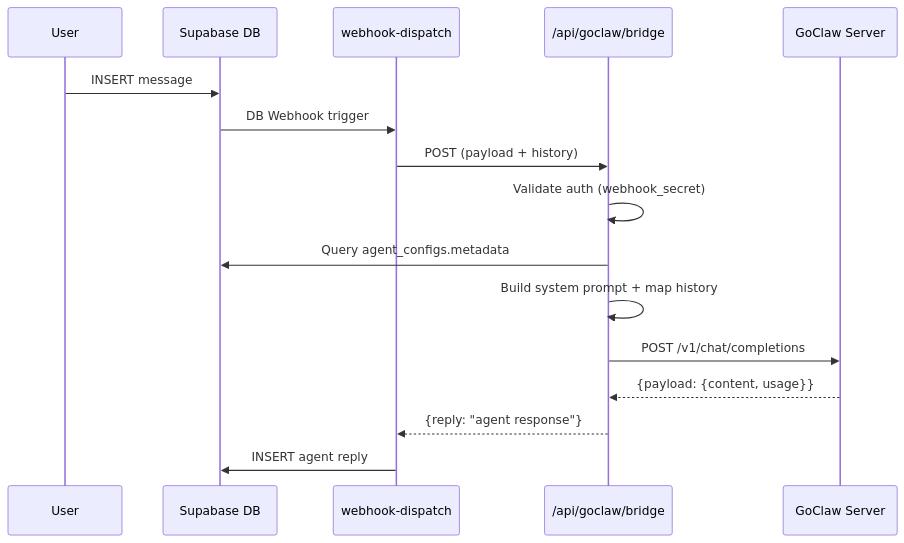
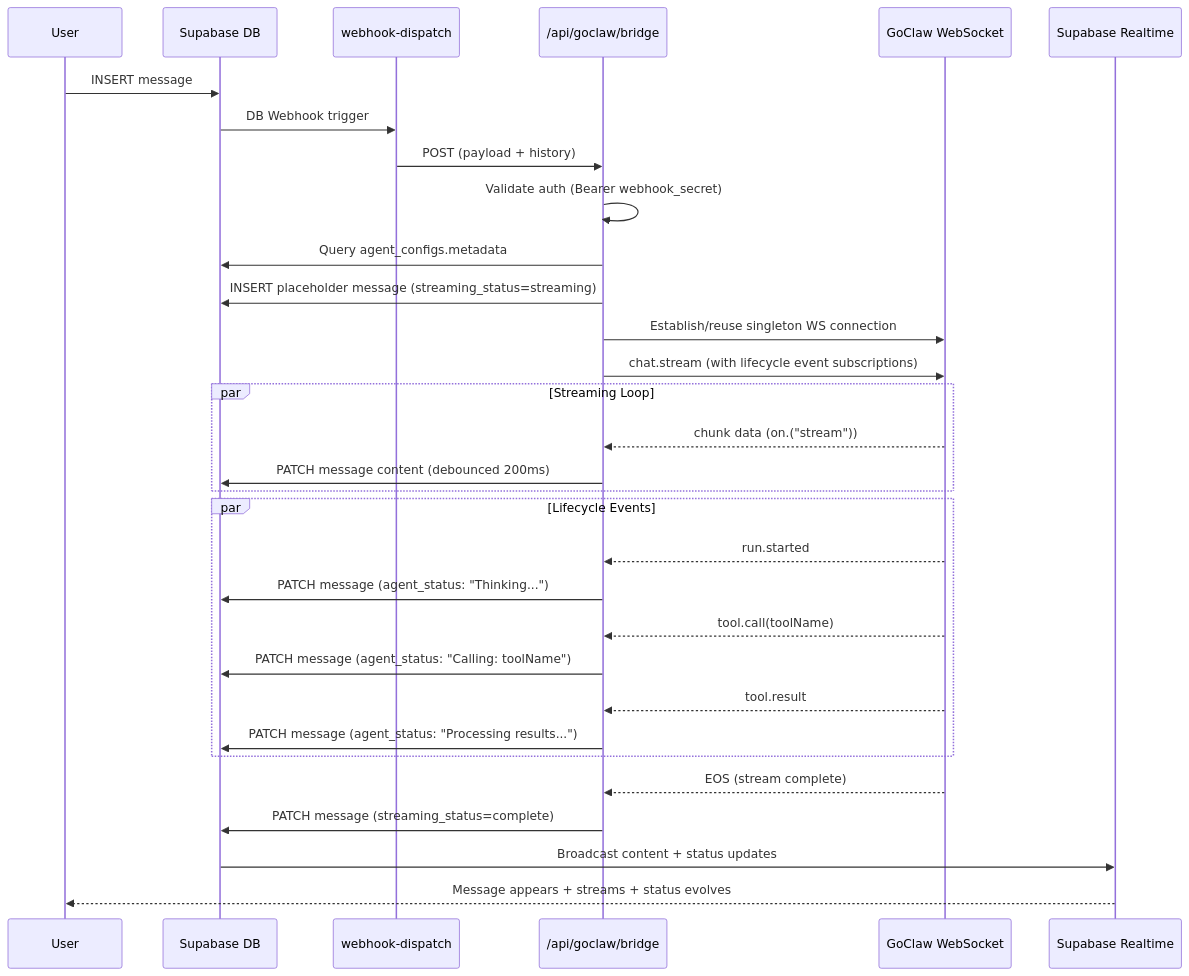
Diagram 14 of 14 in docs/system-architecture.md (phucsystem/agent-playground), drawn with Mermaid before and after one commit. The commit also changed other lines of this file and 16 other files, not shown here.

First line of the commit message:
feat: replace GoClaw REST bridge with WebSocket streaming

````diff
--- a/docs/system-architecture.md
+++ b/docs/system-architecture.md
@@ -470,19 +470,37 @@
 ```mermaid
 sequenceDiagram
     participant User
     participant Supabase as Supabase DB
     participant EdgeFn as webhook-dispatch
     participant Bridge as /api/goclaw/bridge
-    participant GoClaw as GoClaw Server
+    participant WS as GoClaw WebSocket
+    participant Realtime as Supabase Realtime
 
     User->>Supabase: INSERT message
     Supabase->>EdgeFn: DB Webhook trigger
     EdgeFn->>Bridge: POST (payload + history)
-    Bridge->>Bridge: Validate auth (webhook_secret)
+    Bridge->>Bridge: Validate auth (Bearer webhook_secret)
     Bridge->>Supabase: Query agent_configs.metadata
-    Bridge->>Bridge: Build system prompt + map history
-    Bridge->>GoClaw: POST /v1/chat/completions
-    GoClaw-->>Bridge: {payload: {content, usage}}
-    Bridge-->>EdgeFn: {reply: "agent response"}
-    EdgeFn->>Supabase: INSERT agent reply
+    Bridge->>Supabase: INSERT placeholder message (streaming_status=streaming)
+    Bridge->>WS: Establish/reuse singleton WS connection
+    Bridge->>WS: chat.stream (with lifecycle event subscriptions)
+
+    par Streaming Loop
+        WS-->>Bridge: chunk data (on.("stream"))
+        Bridge->>Supabase: PATCH message content (debounced 200ms)
+    end
+
+    par Lifecycle Events
+        WS-->>Bridge: run.started
+        Bridge->>Supabase: PATCH message (agent_status: "Thinking...")
+        WS-->>Bridge: tool.call(toolName)
+        Bridge->>Supabase: PATCH message (agent_status: "Calling: toolName")
+        WS-->>Bridge: tool.result
+        Bridge->>Supabase: PATCH message (agent_status: "Processing results...")
+    end
+
+    WS-->>Bridge: EOS (stream complete)
+    Bridge->>Supabase: PATCH message (streaming_status=complete)
+    Supabase->>Realtime: Broadcast content + status updates
+    Realtime-->>User: Message appears + streams + status evolves
 ```
````
